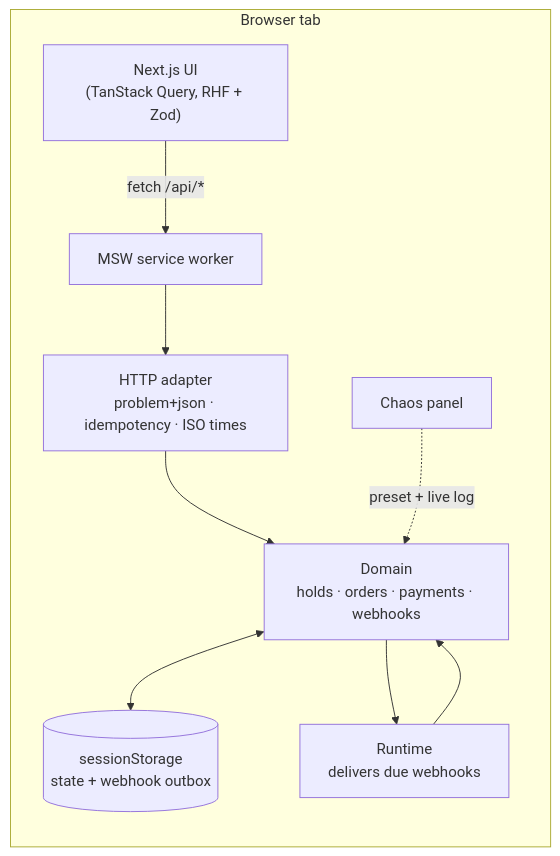
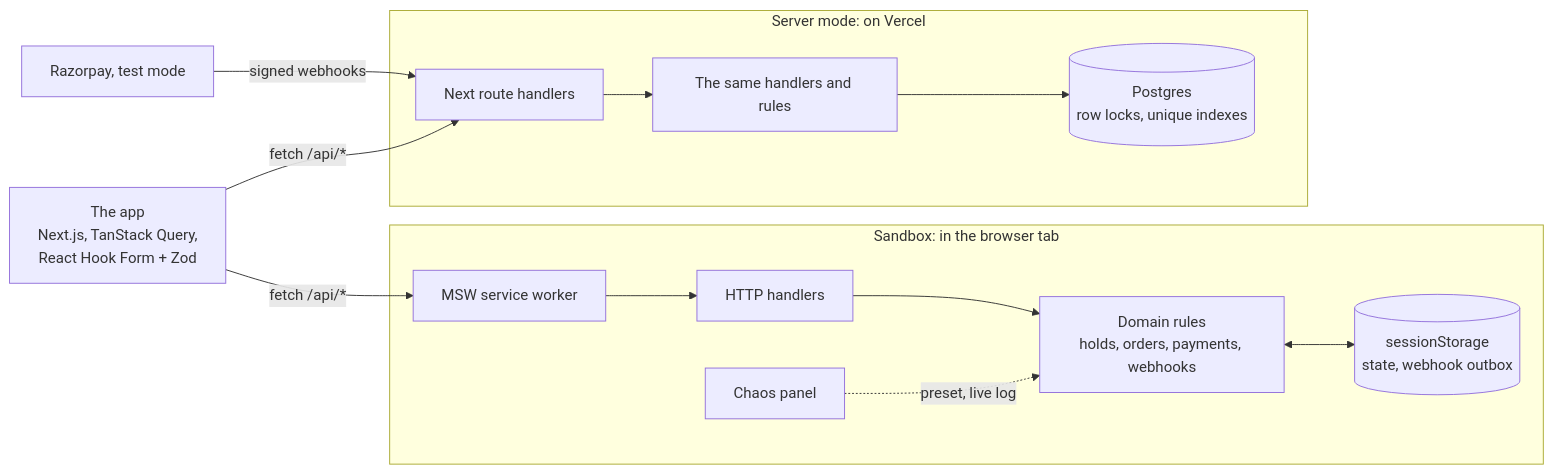
One commit to kzs2501/dresscircle changed the first of 2 diagrams in README.md. Above: the diagram before and after it, drawn with Mermaid. The commit also changed other lines of this file and 5 other files, not shown here.

````diff
--- a/README.md
+++ b/README.md
@@ -262,12 +89,17 @@
 ```mermaid
 flowchart LR
-  subgraph Browser tab
-    UI["Next.js UI<br/>(TanStack Query, RHF + Zod)"] -->|"fetch /api/*"| SW["MSW service worker"]
-    SW --> H["HTTP adapter<br/>problem+json · idempotency · ISO times"]
-    H --> S["Domain<br/>holds · orders · payments · webhooks"]
-    S <--> P[("sessionStorage<br/>state + webhook outbox")]
-    S --> R["Runtime<br/>delivers due webhooks"]
-    R --> S
-    C["Chaos panel"] -.->|preset + live log| S
+  UI["The app<br/>Next.js, TanStack Query,<br/>React Hook Form + Zod"]
+  subgraph sandbox ["Sandbox: in the browser tab"]
+    SW["MSW service worker"] --> H1["HTTP handlers"]
+    H1 --> D1["Domain rules<br/>holds, orders, payments, webhooks"]
+    D1 <--> SS[("sessionStorage<br/>state, webhook outbox")]
+    C["Chaos panel"] -.->|"preset, live log"| D1
   end
+  subgraph server ["Server mode: on Vercel"]
+    RH["Next route handlers"] --> H2["The same handlers and rules"]
+    H2 --> PG[("Postgres<br/>row locks, unique indexes")]
+  end
+  RZ["Razorpay, test mode"] -->|"signed webhooks"| RH
+  UI -->|"fetch /api/*"| SW
+  UI -->|"fetch /api/*"| RH
 ```
````
